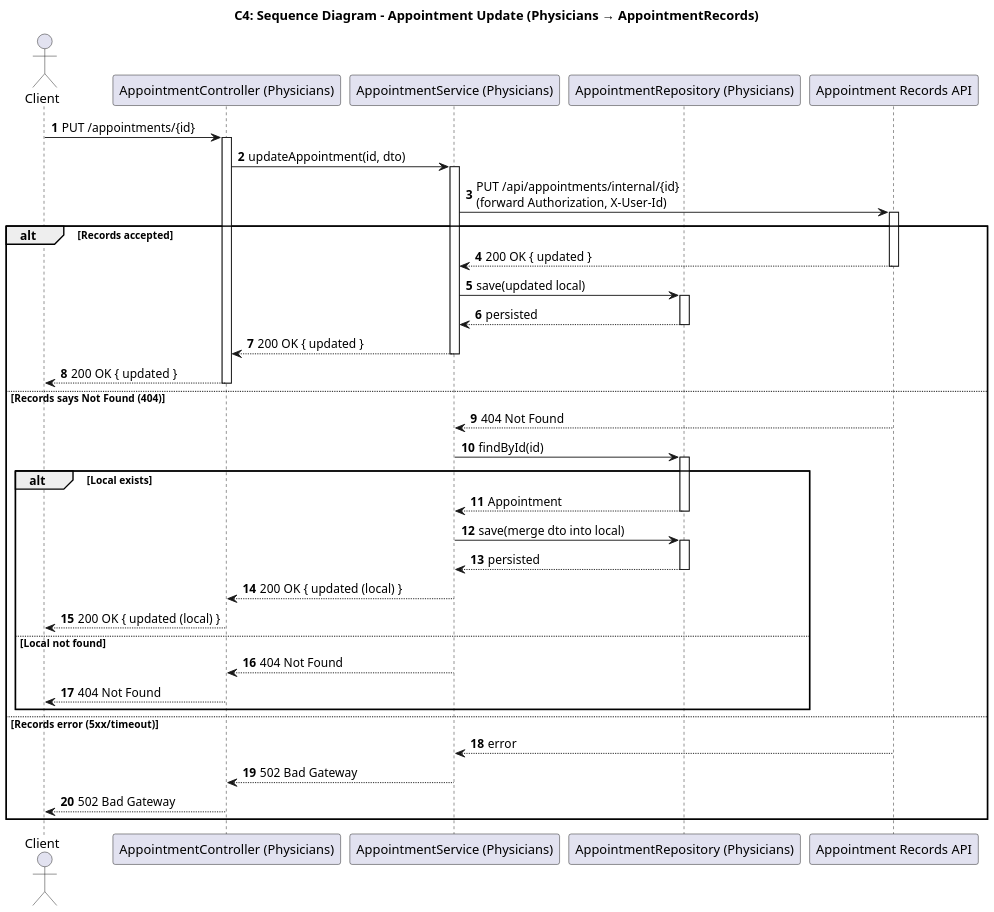
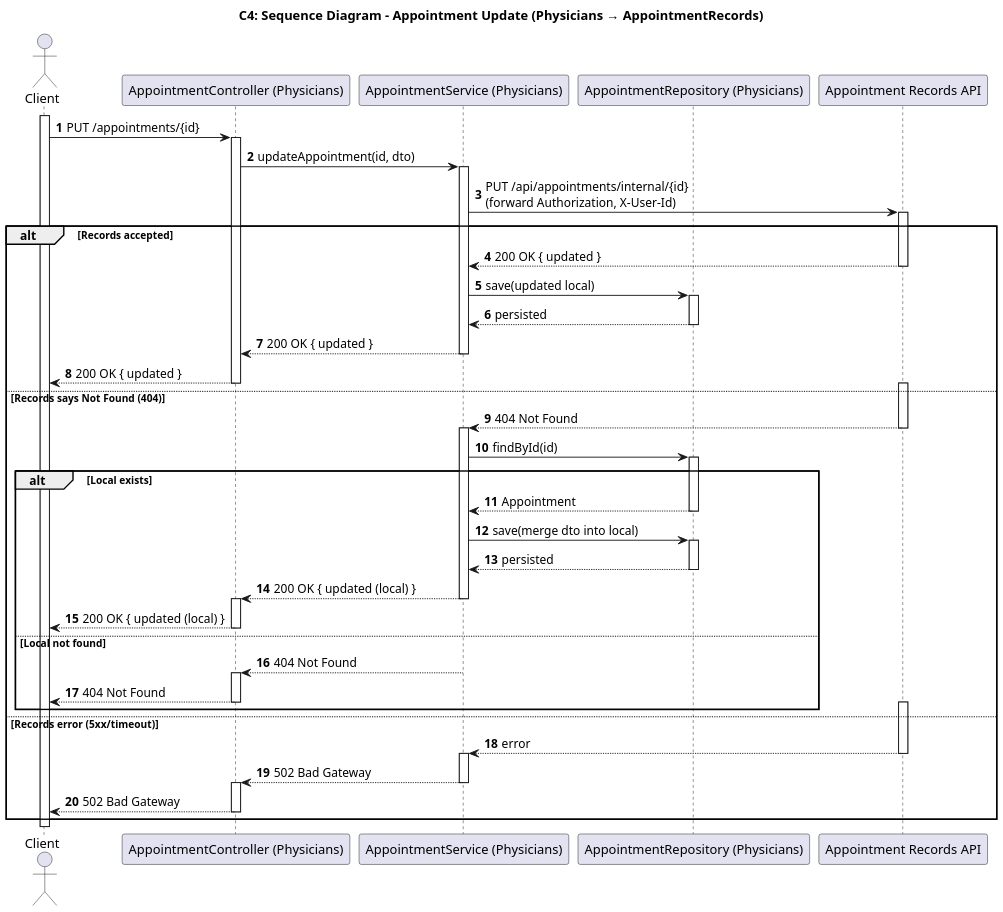
The diagram in DOCS/C4+1/C4+1-AppointmentUpdate-Sequence.puml (pedrods05/LETI_SIDIS_3DA_6), drawn with PlantUML before and after one commit. The commit also changed 12 other files, not shown here.

Commit message:
ajustes diagramas

```diff
--- a/DOCS/C4+1/C4+1-AppointmentUpdate-Sequence.puml
+++ b/DOCS/C4+1/C4+1-AppointmentUpdate-Sequence.puml
@@ -1,67 +1,75 @@
 @startuml
 ' C4+1 — Appointment update SD (layered)
 skinparam dpi 150
 skinparam shadowing false
 skinparam DefaultFontName Arial
 
 title C4: Sequence Diagram - Appointment Update (Physicians → AppointmentRecords)
 
 actor Client
 participant "AppointmentController (Physicians)" as Controller
 participant "AppointmentService (Physicians)" as Service
 participant "AppointmentRepository (Physicians)" as Repo
 participant "Appointment Records API" as Records
 
+activate Client
 autonumber
 Client -> Controller : PUT /appointments/{id}
 activate Controller
 Controller -> Service : updateAppointment(id, dto)
 activate Service
 Service -> Records : PUT /api/appointments/internal/{id}\n(forward Authorization, X-User-Id)
 activate Records
 alt Records accepted
   Records --> Service : 200 OK { updated }
   deactivate Records
   Service -> Repo : save(updated local)
   activate Repo
   Repo --> Service : persisted
   deactivate Repo
   Service --> Controller : 200 OK { updated }
   deactivate Service
   Controller --> Client : 200 OK { updated }
   deactivate Controller
 else Records says Not Found (404)
+  activate Records
   Records --> Service : 404 Not Found
   deactivate Records
+  activate Service
   ' Fallback: local-only update (seeded future)
   Service -> Repo : findById(id)
   activate Repo
   alt Local exists
     Repo --> Service : Appointment
     deactivate Repo
     Service -> Repo : save(merge dto into local)
     activate Repo
     Repo --> Service : persisted
     deactivate Repo
     Service --> Controller : 200 OK { updated (local) }
     deactivate Service
+    activate Controller
     Controller --> Client : 200 OK { updated (local) }
     deactivate Controller
   else Local not found
     ' no explicit null return
     deactivate Repo
     Service --> Controller : 404 Not Found
     deactivate Service
+    activate Controller
     Controller --> Client : 404 Not Found
     deactivate Controller
+    activate Records
   end
 else Records error (5xx/timeout)
   Records --> Service : error
   deactivate Records
+  activate Service
   Service --> Controller : 502 Bad Gateway
   deactivate Service
+  activate Controller
   Controller --> Client : 502 Bad Gateway
   deactivate Controller
 end
 
 @enduml
```
